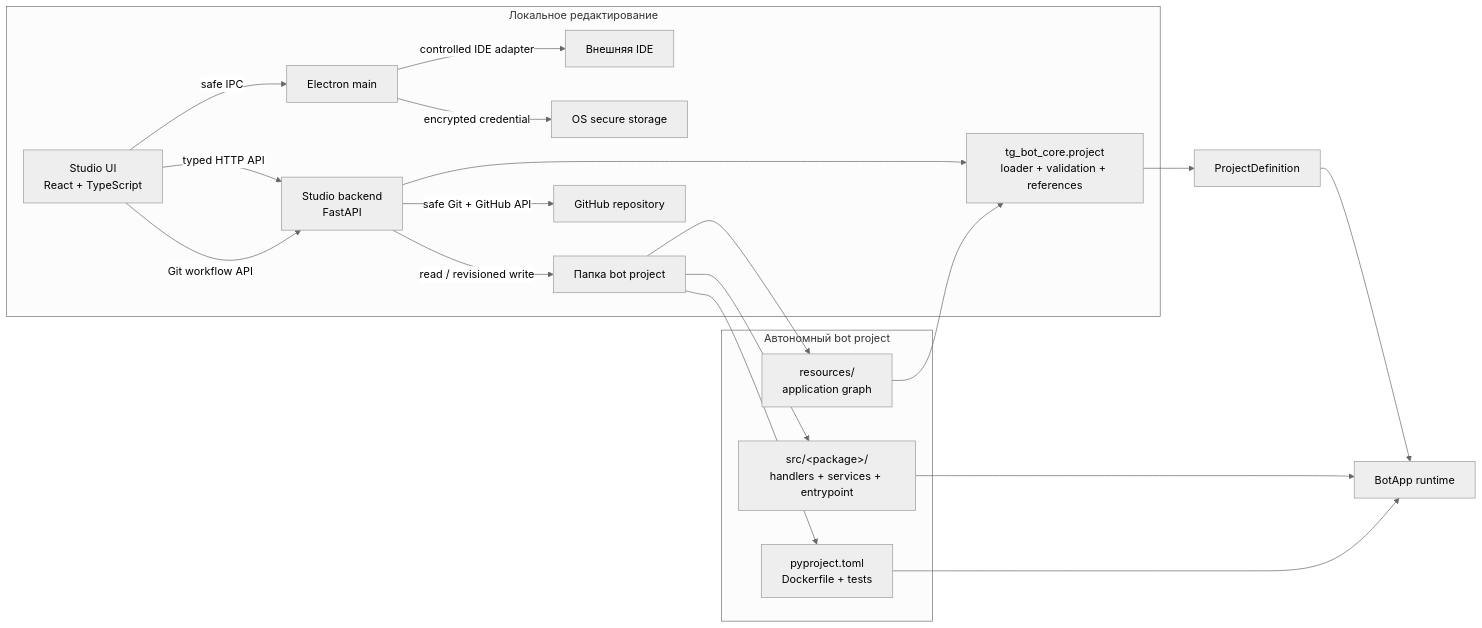
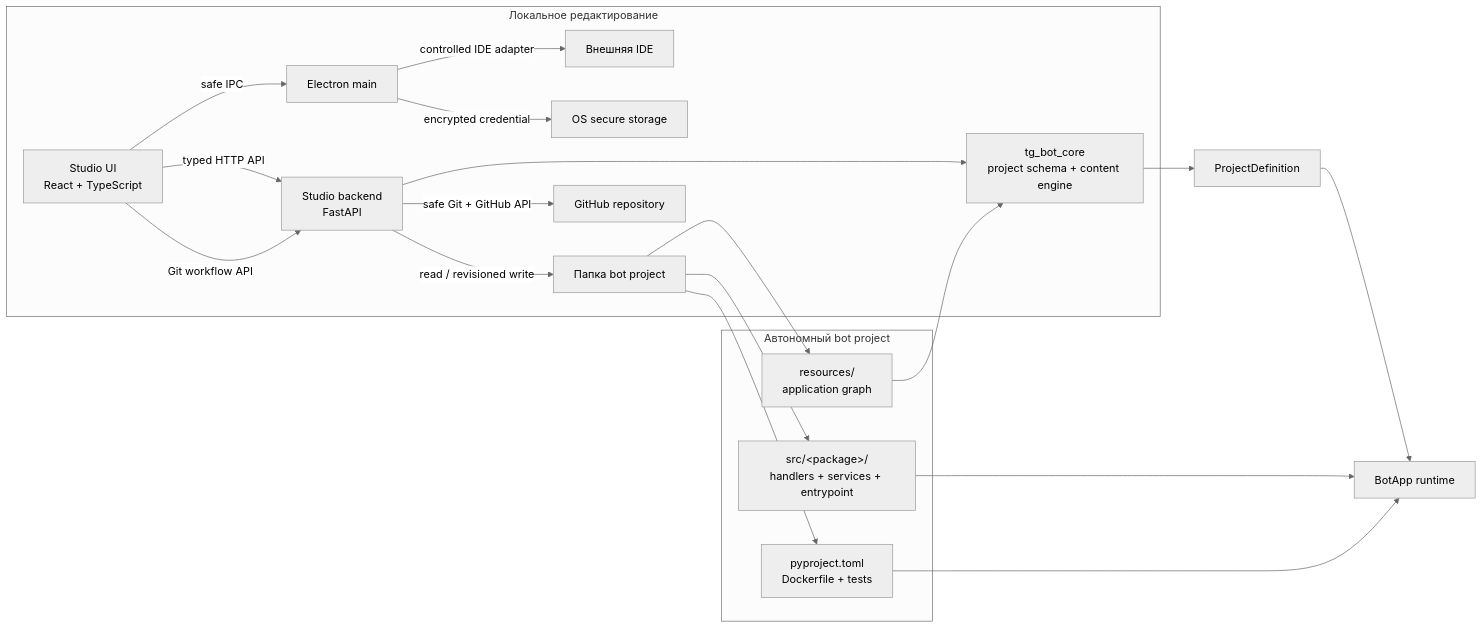
One commit to SnailCap/TG_bots changed the first of 3 diagrams in docs/architecture/overview.md. Above: the diagram before and after it, drawn with Mermaid (neutral theme). The commit also changed other lines of this file and 88 other files, not shown here.

````diff
--- a/docs/architecture/overview.md
+++ b/docs/architecture/overview.md
@@ -7,25 +7,25 @@
 ```mermaid
 flowchart LR
     subgraph Authoring["Локальное редактирование"]
         UI["Studio UI<br/>React + TypeScript"] -->|"typed HTTP API"| Backend["Studio backend<br/>FastAPI"]
         UI -->|"safe IPC"| Electron["Electron main"]
         UI -->|"Git workflow API"| Backend
         Electron -->|"controlled IDE adapter"| IDE["Внешняя IDE"]
         Electron -->|"encrypted credential"| SecureStore["OS secure storage"]
         Backend -->|"read / revisioned write"| Folder["Папка bot project"]
         Backend -->|"safe Git + GitHub API"| GitHub["GitHub repository"]
-        Backend --> Shared["tg_bot_core.project<br/>loader + validation + references"]
+        Backend --> Shared["tg_bot_core<br/>project schema + content engine"]
     end
 
     subgraph Project["Автономный bot project"]
         Folder --> Resources["resources/<br/>application graph"]
         Folder --> Code["src/&lt;package&gt;/<br/>handlers + services + entrypoint"]
         Folder --> Metadata["pyproject.toml<br/>Dockerfile + tests"]
     end
 
     Resources --> Shared
     Shared --> Definition["ProjectDefinition"]
     Definition --> Runtime["BotApp runtime"]
     Code --> Runtime
     Metadata --> Runtime
 ```
````
